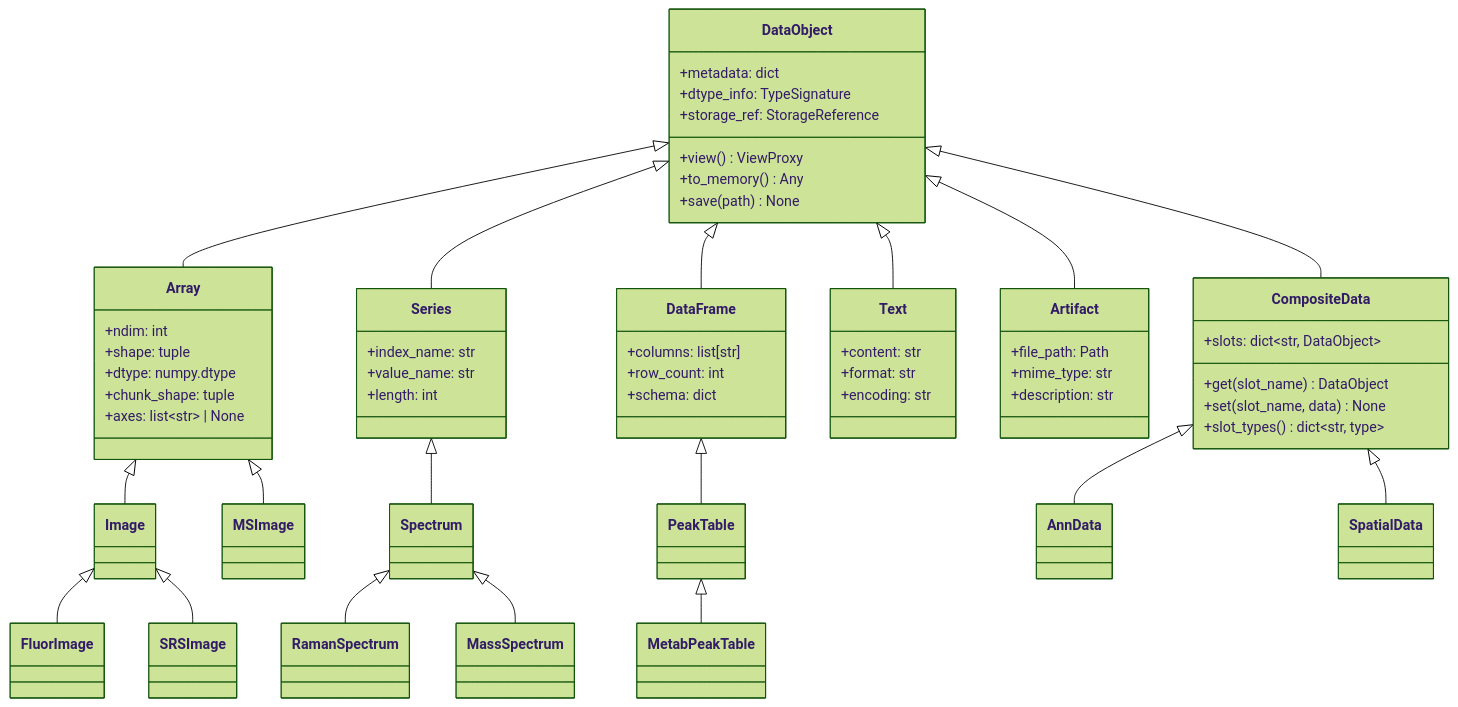
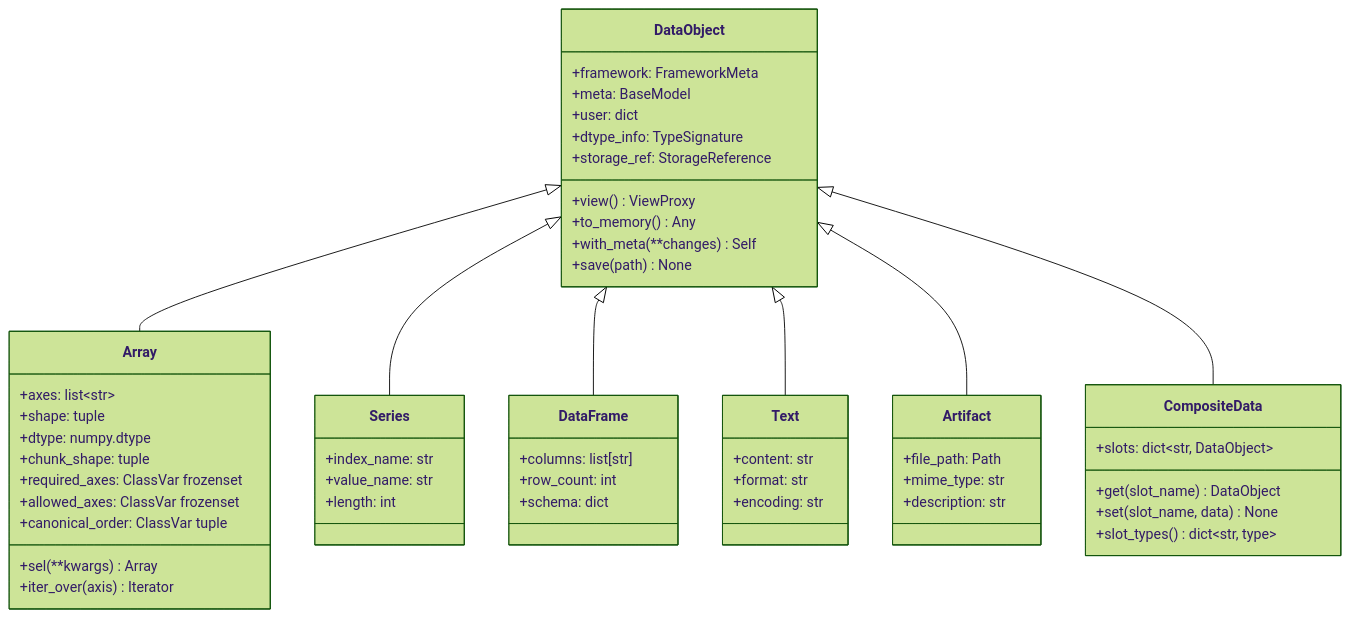
Before and after one commit to zjzcpj/SciEasy: the first of 3 diagrams in docs/architecture/ARCHITECTURE.md, drawn with Mermaid (forest theme). The commit also changed other lines of this file and 3 other files, not shown here.

````diff
--- a/docs/architecture/ARCHITECTURE.md
+++ b/docs/architecture/ARCHITECTURE.md
@@ -78,75 +78,64 @@
 ```mermaid
 classDiagram
     class DataObject {
-        +metadata: dict
+        +framework: FrameworkMeta
+        +meta: BaseModel
+        +user: dict
         +dtype_info: TypeSignature
         +storage_ref: StorageReference
         +view() ViewProxy
         +to_memory() Any
+        +with_meta(**changes) Self
         +save(path) None
     }
 
     class Array {
-        +ndim: int
+        +axes: list~str~
         +shape: tuple
         +dtype: numpy.dtype
         +chunk_shape: tuple
-        +axes: list~str~ | None
+        +required_axes: ClassVar frozenset
+        +allowed_axes: ClassVar frozenset
+        +canonical_order: ClassVar tuple
+        +sel(**kwargs) Array
+        +iter_over(axis) Iterator
     }
 
     class Series {
         +index_name: str
         +value_name: str
         +length: int
     }
 
     class DataFrame {
         +columns: list[str]
         +row_count: int
         +schema: dict
     }
 
     class Text {
         +content: str
         +format: str
         +encoding: str
     }
 
     class Artifact {
         +file_path: Path
         +mime_type: str
         +description: str
     }
 
     class CompositeData {
         +slots: dict~str, DataObject~
         +get(slot_name) DataObject
         +set(slot_name, data) None
         +slot_types() dict~str, type~
     }
 
     DataObject <|-- Array
     DataObject <|-- Series
     DataObject <|-- DataFrame
     DataObject <|-- Text
     DataObject <|-- Artifact
     DataObject <|-- CompositeData
-
-    Array <|-- Image
-    Array <|-- MSImage
-
-    Series <|-- Spectrum
-
-    DataFrame <|-- PeakTable
-
-    CompositeData <|-- AnnData
-    CompositeData <|-- SpatialData
-
-    Image <|-- FluorImage
-    Image <|-- SRSImage
-
-    Spectrum <|-- RamanSpectrum
-    Spectrum <|-- MassSpectrum
-
-    PeakTable <|-- MetabPeakTable
 ```
````
